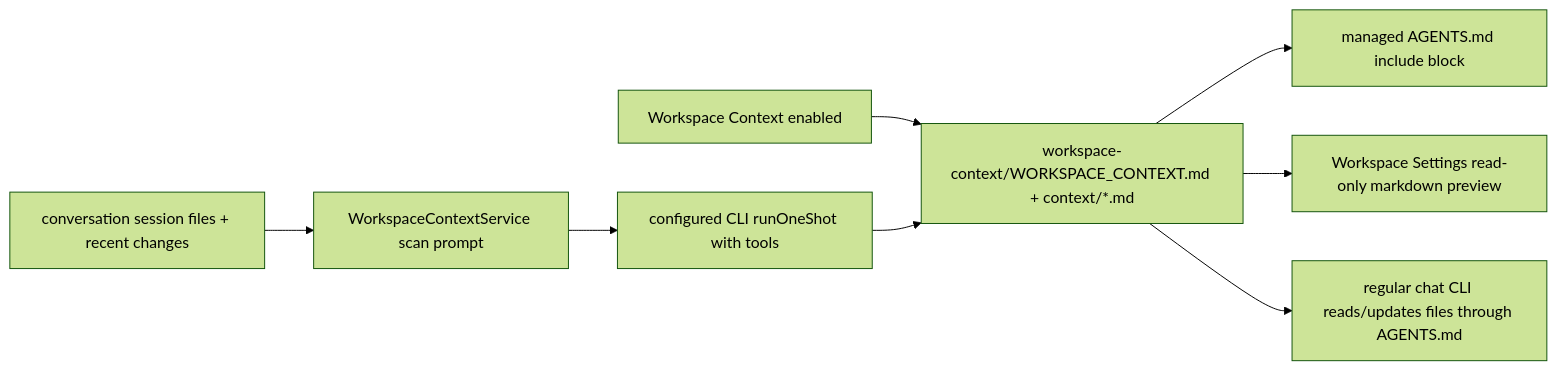
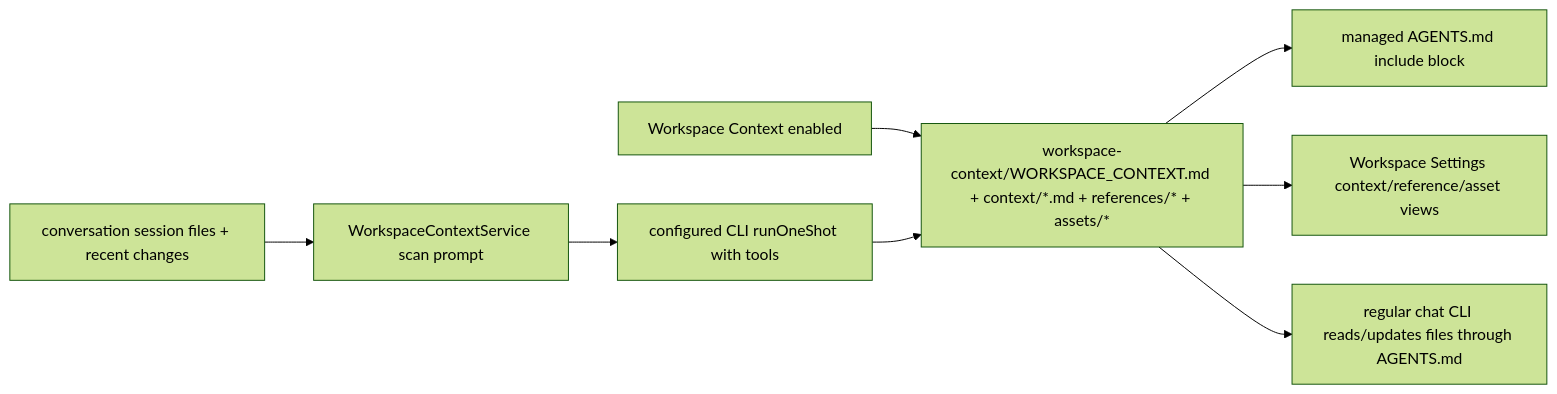
Before and after one commit to daronyondem/agent-cockpit: the seventh of 9 diagrams in docs/spec-coverage.md, drawn with Mermaid (forest theme). The commit also changed other lines of this file and 20 other files, not shown here.

Commit message:
Add Workspace Context references and assets

````diff
--- a/docs/spec-coverage.md
+++ b/docs/spec-coverage.md
@@ -238,10 +240,10 @@
 ```mermaid
 flowchart LR
-  Enable["Workspace Context enabled"] --> Files["workspace-context/WORKSPACE_CONTEXT.md + context/*.md"]
+  Enable["Workspace Context enabled"] --> Files["workspace-context/WORKSPACE_CONTEXT.md + context/*.md + references/* + assets/*"]
   Files --> Agents["managed AGENTS.md include block"]
   Conversations["conversation session files + recent changes"] --> Runner["WorkspaceContextService scan prompt"]
   Runner --> CLI["configured CLI runOneShot with tools"]
   CLI --> Files
-  Files --> UI["Workspace Settings read-only markdown preview"]
+  Files --> UI["Workspace Settings context/reference/asset views"]
   Files --> Chat["regular chat CLI reads/updates files through AGENTS.md"]
 ```
````
